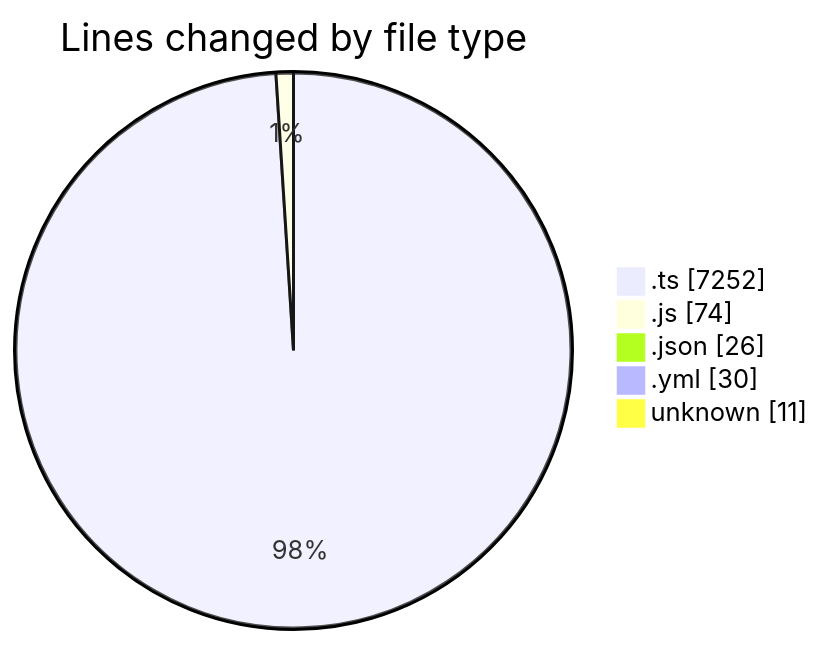
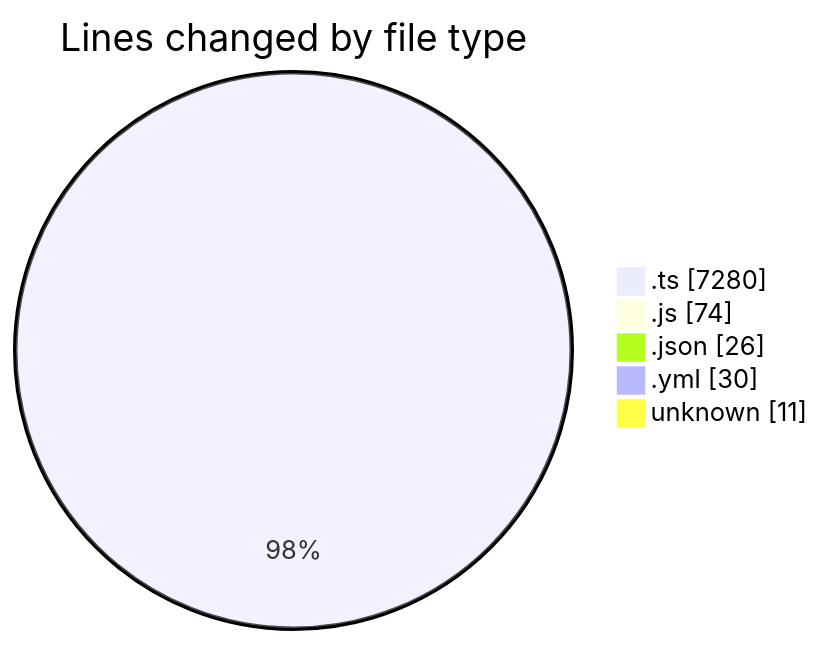
The first of 2 diagrams in 2026-02-07/singularitybrainai/README.md (tmsrecording-cyber/code-tracking), drawn with Mermaid before and after one commit. The commit also changed other lines of this file and 1 other file, not shown here.

````diff
--- a/2026-02-07/singularitybrainai/README.md
+++ b/2026-02-07/singularitybrainai/README.md
@@ -39,9 +39,9 @@
 ```mermaid
 pie showData
 title Lines changed by file type
-".ts" : 7252
+".ts" : 7280
 ".js" : 74
 ".json" : 26
 ".yml" : 30
 "unknown" : 11
 ```
````
